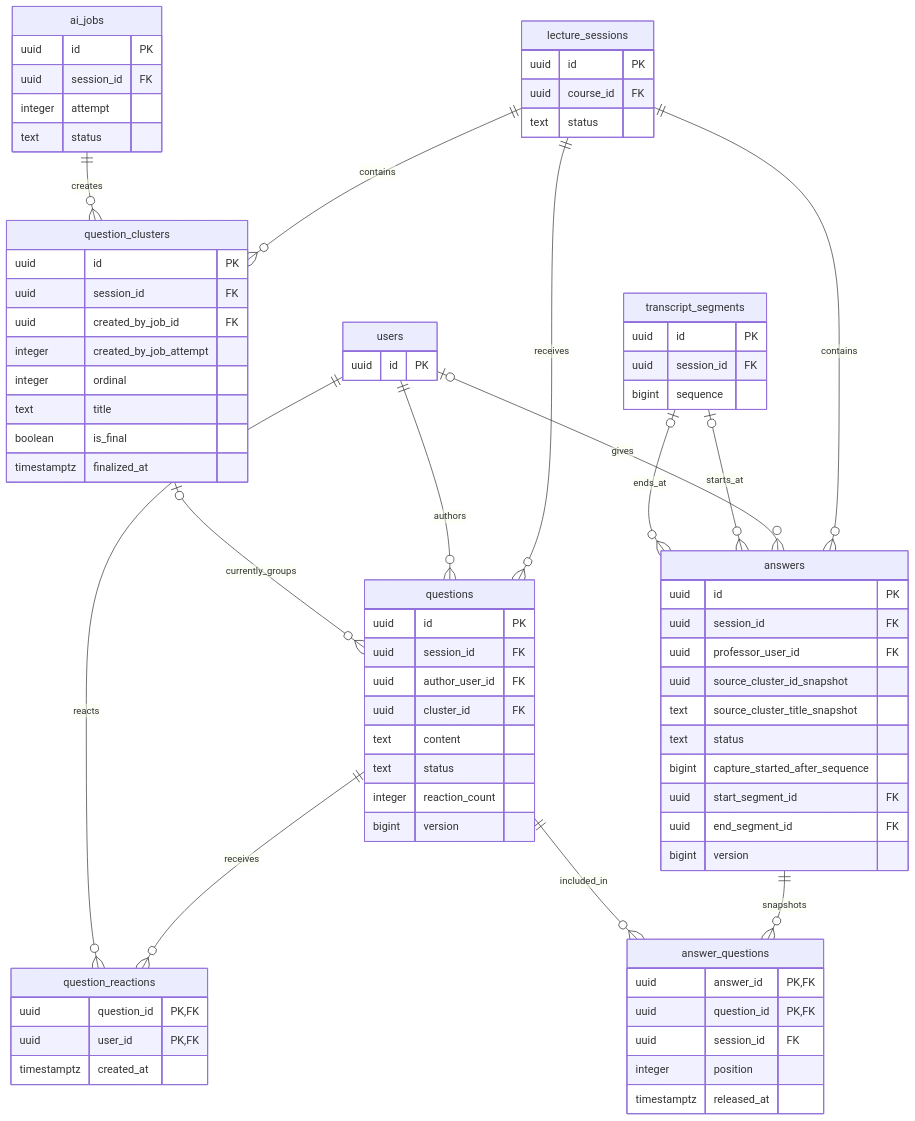
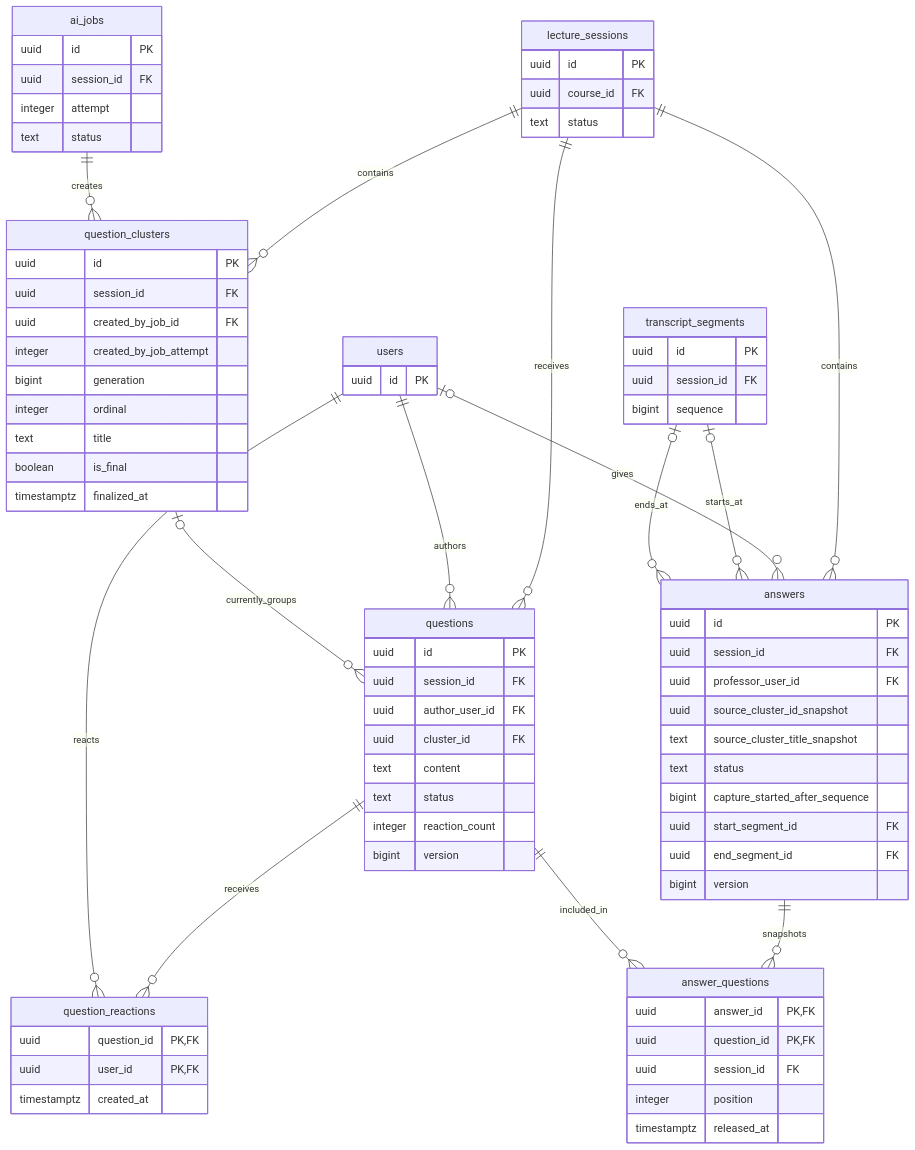
Before and after one commit to madcamp-official/26s-w2-c2-08: the third of 5 diagrams in docs/database/ERD.md, drawn with Mermaid. The commit also changed other lines of this file and 7 other files, not shown here.

```diff
--- a/docs/database/ERD.md
+++ b/docs/database/ERD.md
@@ -247,6 +248,7 @@
         uuid session_id FK
         uuid created_by_job_id FK
         integer created_by_job_attempt
+        bigint generation
         integer ordinal
         text title
         boolean is_final
```
